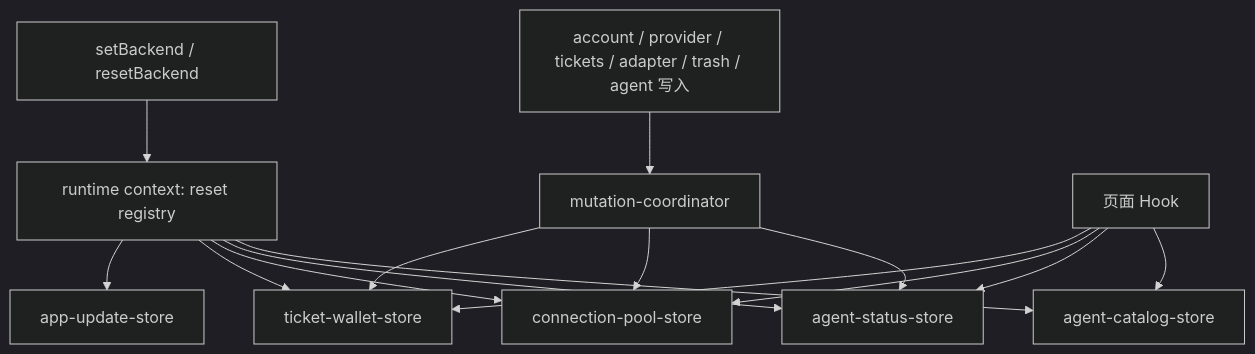
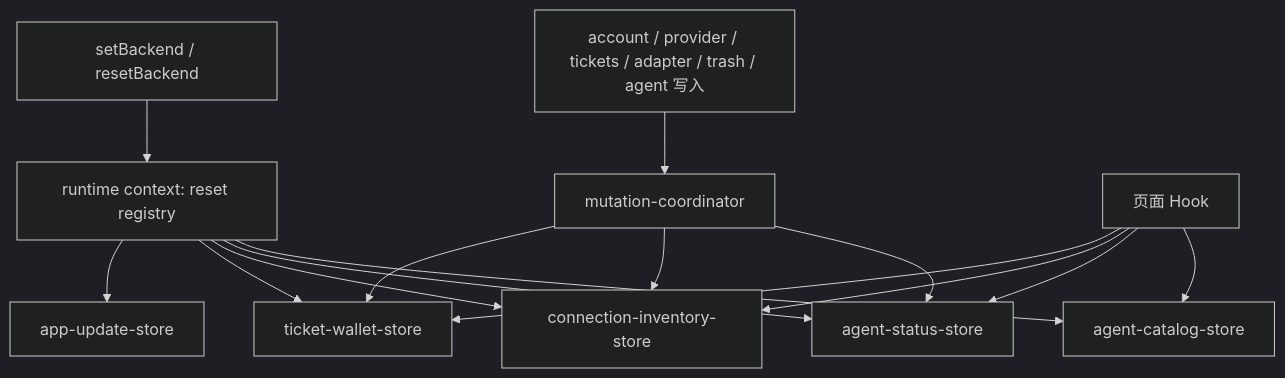
Before and after one commit to nicechencs/AgentHub: the diagram in docs/architecture/runtime-context-owners.md, drawn with Mermaid (dark theme). The commit also changed other lines of this file and 26 other files, not shown here.

````diff
--- a/docs/architecture/runtime-context-owners.md
+++ b/docs/architecture/runtime-context-owners.md
@@ -21,17 +21,17 @@
 ```mermaid
 flowchart TB
   setBE["setBackend / resetBackend"] --> Ctx["runtime context: reset registry"]
   Ctx --> Cat["agent-catalog-store"]
   Ctx --> St["agent-status-store"]
-  Ctx --> Pool["connection-pool-store"]
+  Ctx --> Pool["connection-inventory-store"]
   Ctx --> Wal["ticket-wallet-store"]
   Ctx --> Upd["app-update-store"]
   Write["account / provider / tickets / adapter / trash / agent 写入"] --> Coord["mutation-coordinator"]
   Coord --> St
   Coord --> Pool
   Coord --> Wal
   Pages["页面 Hook"] --> Cat
   Pages --> St
   Pages --> Pool
   Pages --> Wal
 ```
````
